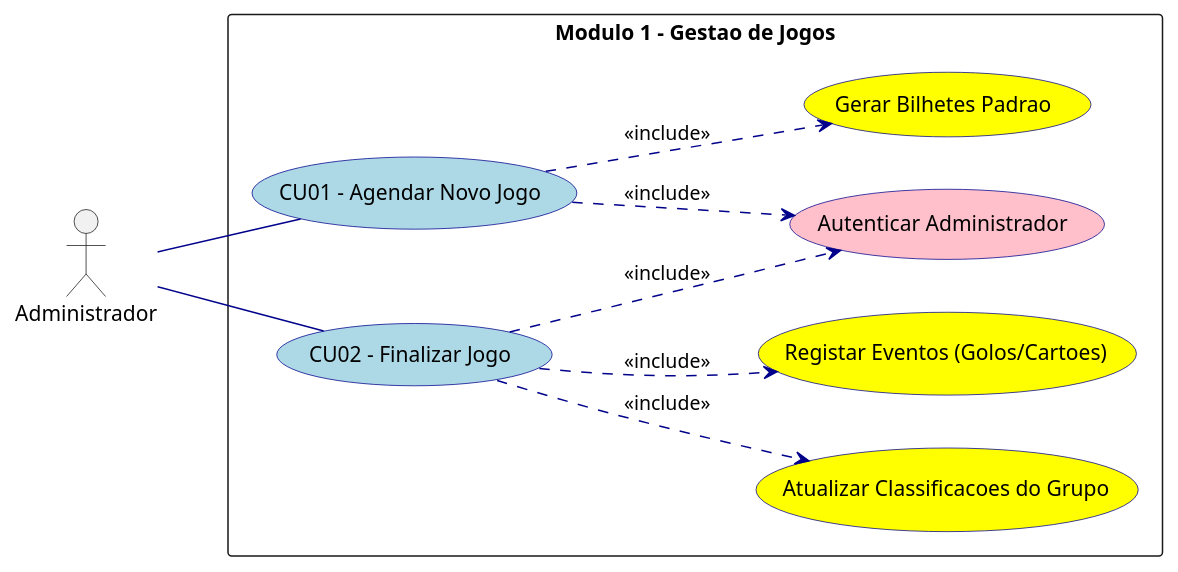
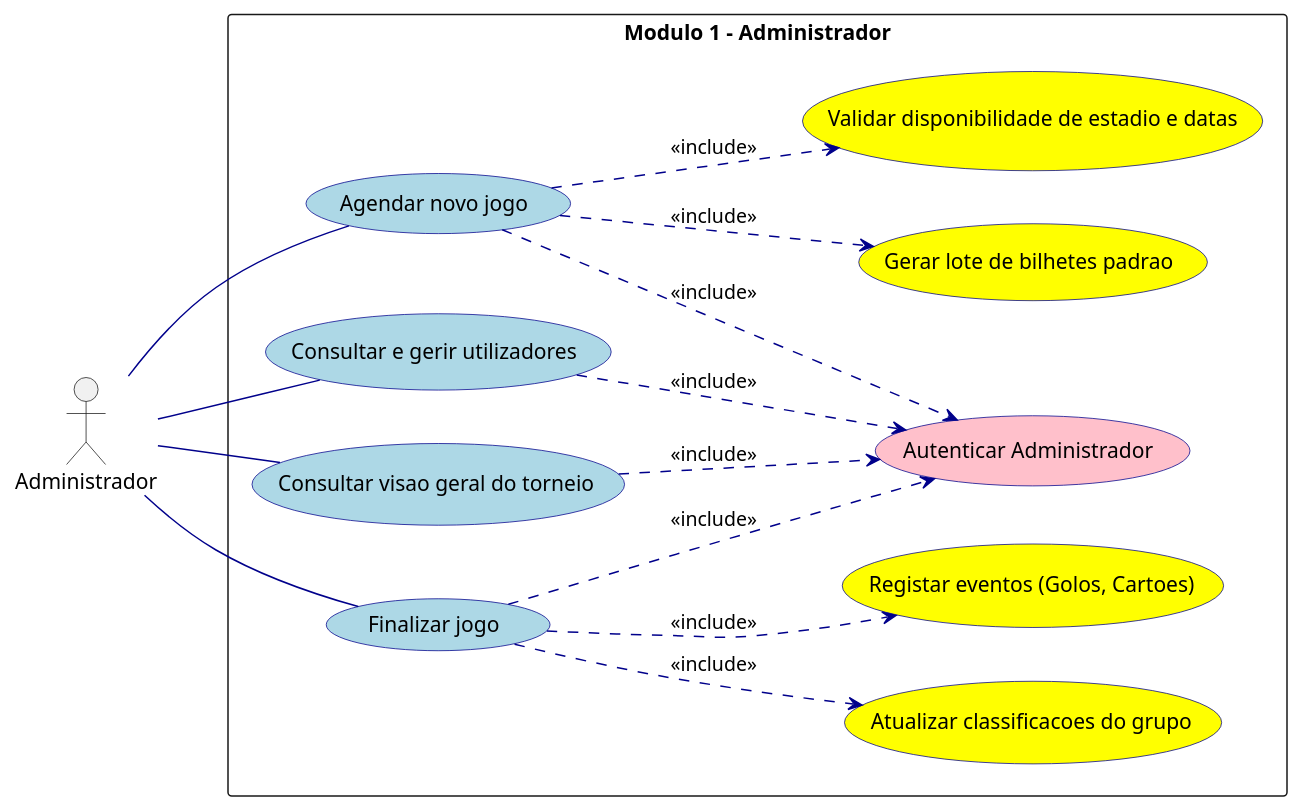
One commit to experimentos373-creator/ES changed the second of 12 diagrams in DIAGRAMA_CASOS_USO.md. Above: the diagram before and after it, drawn with PlantUML. The commit also changed other lines of this file and 1 other file, not shown here.

Commit message:
docs(iconix): integrar modulo de Logistica e finalizar arquitetura de 6 modulos independentes com 100% de fidelidade

````diff
--- a/DIAGRAMA_CASOS_USO.md
+++ b/DIAGRAMA_CASOS_USO.md
@@ -41,31 +55,40 @@
 ```plantuml
 @startuml
 left to right direction
 skinparam packageStyle rectangle
 skinparam usecase {
   BackgroundColor LightBlue
   BorderColor DarkBlue
   ArrowColor DarkBlue
 }
 
 actor "Administrador" as Admin
 
-rectangle "Modulo 1 - Gestao de Jogos" {
+rectangle "Modulo 1 - Administrador" {
   usecase "Autenticar Administrador" as Login #Pink
-  usecase "CU01 - Agendar Novo Jogo" as CU01
-  usecase "Gerar Bilhetes Padrao" as CU01_sub #Yellow
-  usecase "CU02 - Finalizar Jogo" as CU02
-  usecase "Registar Eventos (Golos/Cartoes)" as CU02_sub1 #Yellow
-  usecase "Atualizar Classificacoes do Grupo" as CU02_sub2 #Yellow
+  usecase "Consultar visao geral do torneio" as CU01
+  usecase "Agendar novo jogo" as CU02
+  usecase "Validar disponibilidade de estadio e datas" as CU02_sub1 #Yellow
+  usecase "Gerar lote de bilhetes padrao" as CU02_sub2 #Yellow
+  usecase "Finalizar jogo" as CU03
+  usecase "Registar eventos (Golos, Cartoes)" as CU03_sub1 #Yellow
+  usecase "Atualizar classificacoes do grupo" as CU03_sub2 #Yellow
+  usecase "Consultar e gerir utilizadores" as CU04
 }
 
 Admin -- CU01
 Admin -- CU02
+Admin -- CU03
+Admin -- CU04
 
 CU01 ..> Login : <<include>>
 CU02 ..> Login : <<include>>
-CU01 ..> CU01_sub : <<include>>
+CU03 ..> Login : <<include>>
+CU04 ..> Login : <<include>>
+
 CU02 ..> CU02_sub1 : <<include>>
 CU02 ..> CU02_sub2 : <<include>>
+CU03 ..> CU03_sub1 : <<include>>
+CU03 ..> CU03_sub2 : <<include>>
 @enduml
 ```
````
